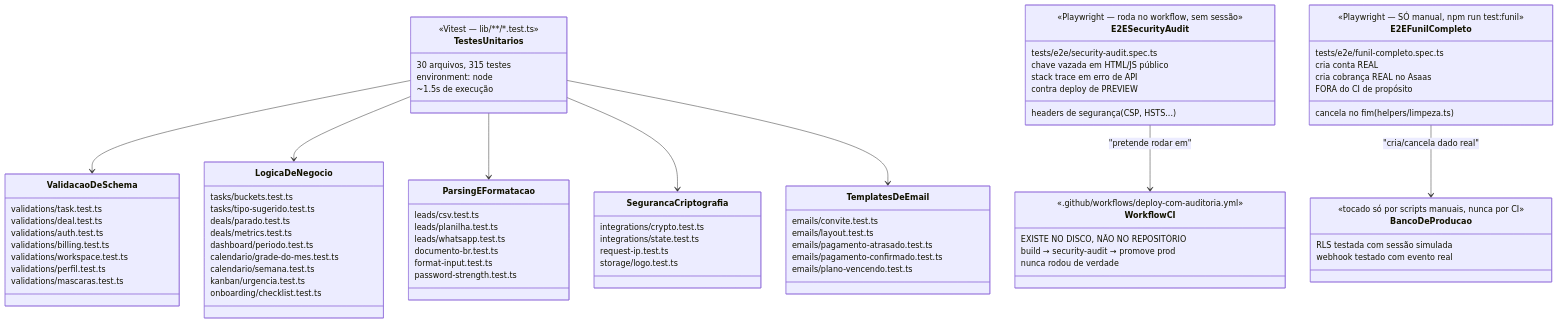
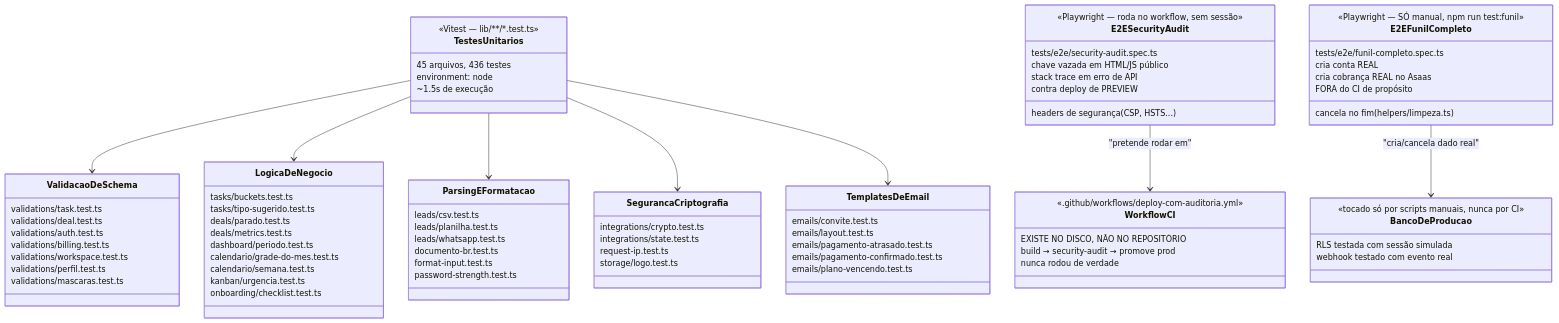
One commit to rickcruzzz/closify-crm changed the first of 2 diagrams in docs/testes.md. Above: the diagram before and after it, drawn with Mermaid. The commit also changed other lines of this file and 1 other file, not shown here.

```diff
--- a/docs/testes.md
+++ b/docs/testes.md
@@ -43,7 +43,7 @@
 classDiagram
     class TestesUnitarios {
         <<Vitest — lib/**/*.test.ts>>
-        30 arquivos, 315 testes
+        45 arquivos, 436 testes
         environment: node
         ~1.5s de execução
     }
```
